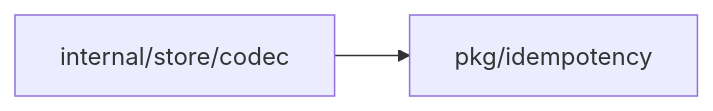
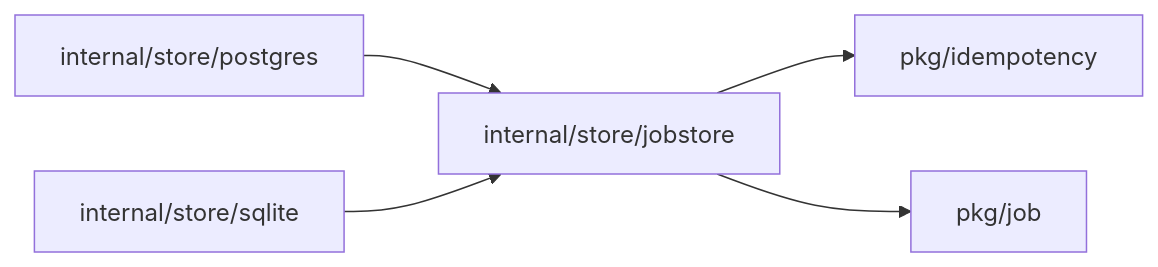
The diagram in openspec/changes/job-start-idempotency-retention-24h/design.md (OpenDustpan/OpenDustpan), drawn with Mermaid before and after one commit. The commit also changed other lines of this file and 3 other files, not shown here.

````diff
--- a/openspec/changes/job-start-idempotency-retention-24h/design.md
+++ b/openspec/changes/job-start-idempotency-retention-24h/design.md
@@ -23,6 +37,12 @@
 ```mermaid
 flowchart LR
 P1[pkg/idempotency]
-P2[internal/store/codec]
+P2[internal/store/jobstore]
+P3[internal/store/postgres]
+P4[internal/store/sqlite]
+P5[pkg/job]
 P2 --> P1
+P2 --> P5
+P3 --> P2
+P4 --> P2
 ```
````
